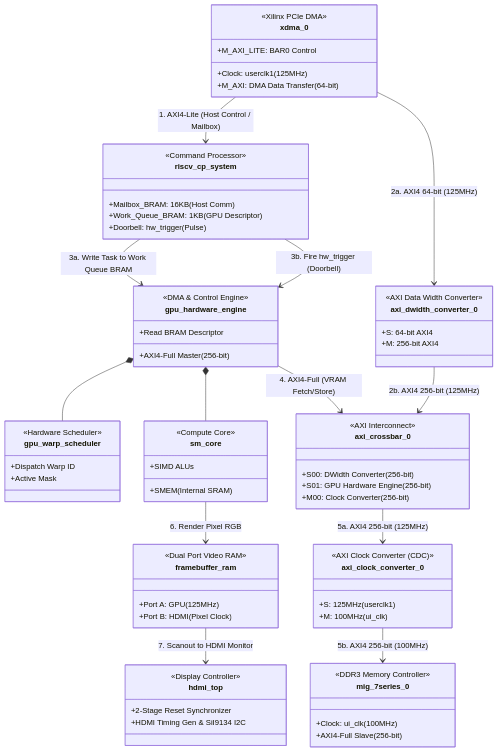
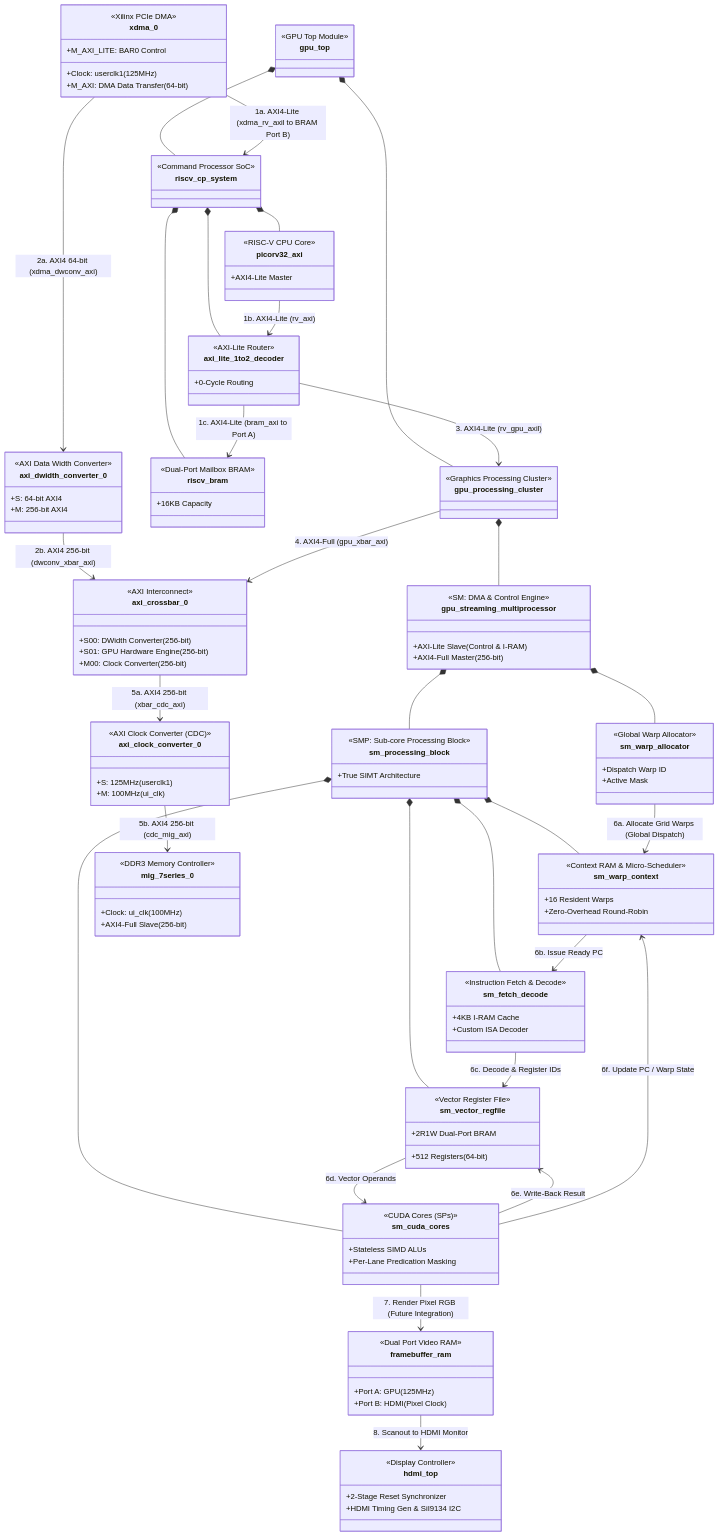
Before and after one commit to James-Lu-none/fpga-gpu: the diagram in architecture.mmd, drawn with Mermaid. The commit also changed 14 other files, not shown here.

Commit message:
refactor: update entire gpu top module

```diff
--- a/architecture.mmd
+++ b/architecture.mmd
@@ -1,92 +1,159 @@
 classDiagram
     direction TB
 
     class xdma_0 {
         <<Xilinx PCIe DMA>>
         +Clock: userclk1 (125MHz)
         +M_AXI_LITE: BAR0 Control
         +M_AXI: DMA Data Transfer (64-bit)
     }
 
-    class riscv_cp_system {
-        <<Command Processor>>
-        +Mailbox_BRAM: 16KB (Host Comm)
-        +Work_Queue_BRAM: 1KB (GPU Descriptor)
-        +Doorbell: hw_trigger (Pulse)
+    class gpu_top {
+        <<GPU Top Module>>
     }
 
-    class gpu_hardware_engine {
-        <<DMA & Control Engine>>
-        +Read BRAM Descriptor
+    class gpu_processing_cluster {
+        <<Graphics Processing Cluster>>
+    }
+
+    class riscv_cp_system {
+        <<Command Processor SoC>>
+    }
+
+    class picorv32_axi {
+        <<RISC-V CPU Core>>
+        +AXI4-Lite Master
+    }
+
+    class axi_lite_1to2_decoder {
+        <<AXI-Lite Router>>
+        +0-Cycle Routing
+    }
+
+    class riscv_bram {
+        <<Dual-Port Mailbox BRAM>>
+        +16KB Capacity
+    }
+
+    class gpu_streaming_multiprocessor {
+        <<SM: DMA & Control Engine>>
+        +AXI-Lite Slave (Control & I-RAM)
         +AXI4-Full Master (256-bit)
     }
     
-    class gpu_warp_scheduler {
-        <<Hardware Scheduler>>
+    class sm_warp_allocator {
+        <<Global Warp Allocator>>
         +Dispatch Warp ID
         +Active Mask
     }
 
-    class sm_core {
-        <<Compute Core>>
-        +SIMD ALUs
-        +SMEM (Internal SRAM)
+    class sm_processing_block {
+        <<SMP: Sub-core Processing Block>>
+        +True SIMT Architecture
+    }
+
+    class sm_warp_context {
+        <<Context RAM & Micro-Scheduler>>
+        +16 Resident Warps
+        +Zero-Overhead Round-Robin
+    }
+
+    class sm_fetch_decode {
+        <<Instruction Fetch & Decode>>
+        +4KB I-RAM Cache
+        +Custom ISA Decoder
+    }
+
+    class sm_vector_regfile {
+        <<Vector Register File>>
+        +2R1W Dual-Port BRAM
+        +512 Registers (64-bit)
+    }
+
+    class sm_cuda_cores {
+        <<CUDA Cores (SPs)>>
+        +Stateless SIMD ALUs
+        +Per-Lane Predication Masking
     }
 
     class axi_dwidth_converter_0 {
         <<AXI Data Width Converter>>
         +S: 64-bit AXI4
         +M: 256-bit AXI4
     }
 
     class axi_crossbar_0 {
         <<AXI Interconnect>>
         +S00: DWidth Converter (256-bit)
         +S01: GPU Hardware Engine (256-bit)
         +M00: Clock Converter (256-bit)
     }
     
     class axi_clock_converter_0 {
         <<AXI Clock Converter (CDC)>>
         +S: 125MHz (userclk1)
         +M: 100MHz (ui_clk)
     }
 
     class mig_7series_0 {
         <<DDR3 Memory Controller>>
         +Clock: ui_clk (100MHz)
         +AXI4-Full Slave (256-bit)
     }
 
     class framebuffer_ram {
         <<Dual Port Video RAM>>
         +Port A: GPU (125MHz)
         +Port B: HDMI (Pixel Clock)
     }
 
     class hdmi_top {
         <<Display Controller>>
         +2-Stage Reset Synchronizer
         +HDMI Timing Gen & SiI9134 I2C
     }
 
     %% Component Containment (Sub-modules)
-    gpu_hardware_engine *-- gpu_warp_scheduler
-    gpu_hardware_engine *-- sm_core
+    gpu_top *-- riscv_cp_system
+    gpu_top *-- gpu_processing_cluster
+    
+    gpu_processing_cluster *-- gpu_streaming_multiprocessor
+
+    riscv_cp_system *-- picorv32_axi
+    riscv_cp_system *-- axi_lite_1to2_decoder
+    riscv_cp_system *-- riscv_bram
+
+    gpu_streaming_multiprocessor *-- sm_warp_allocator
+    gpu_streaming_multiprocessor *-- sm_processing_block
+
+    sm_processing_block *-- sm_warp_context
+    sm_processing_block *-- sm_fetch_decode
+    sm_processing_block *-- sm_vector_regfile
+    sm_processing_block *-- sm_cuda_cores
 
     %% Data & Control Flow Connections
-    xdma_0 --> riscv_cp_system : 1. AXI4-Lite (Host Control / Mailbox)
+    xdma_0 --> riscv_cp_system : 1a. AXI4-Lite (xdma_rv_axil to BRAM Port B)
+    picorv32_axi --> axi_lite_1to2_decoder : 1b. AXI4-Lite (rv_axi)
+    axi_lite_1to2_decoder --> riscv_bram : 1c. AXI4-Lite (bram_axi to Port A)
     
-    xdma_0 --> axi_dwidth_converter_0 : 2a. AXI4 64-bit (125MHz)
-    axi_dwidth_converter_0 --> axi_crossbar_0 : 2b. AXI4 256-bit (125MHz)
+    xdma_0 --> axi_dwidth_converter_0 : 2a. AXI4 64-bit (xdma_dwconv_axi)
+    axi_dwidth_converter_0 --> axi_crossbar_0 : 2b. AXI4 256-bit (dwconv_xbar_axi)
     
-    riscv_cp_system --> gpu_hardware_engine : 3a. Write Task to Work Queue BRAM
-    riscv_cp_system --> gpu_hardware_engine : 3b. Fire hw_trigger (Doorbell)
+    axi_lite_1to2_decoder --> gpu_processing_cluster : 3. AXI4-Lite (rv_gpu_axil)
     
-    gpu_hardware_engine --> axi_crossbar_0 : 4. AXI4-Full (VRAM Fetch/Store)
+    gpu_processing_cluster --> axi_crossbar_0 : 4. AXI4-Full (gpu_xbar_axi)
     
-    axi_crossbar_0 --> axi_clock_converter_0 : 5a. AXI4 256-bit (125MHz)
-    axi_clock_converter_0 --> mig_7series_0 : 5b. AXI4 256-bit (100MHz)
+    axi_crossbar_0 --> axi_clock_converter_0 : 5a. AXI4 256-bit (xbar_cdc_axi)
+    axi_clock_converter_0 --> mig_7series_0 : 5b. AXI4 256-bit (cdc_mig_axi)
     
-    sm_core --> framebuffer_ram : 6. Render Pixel RGB
-    framebuffer_ram --> hdmi_top : 7. Scanout to HDMI Monitor
+    %% Internal SM Execution Flow
+    sm_warp_allocator --> sm_warp_context : 6a. Allocate Grid Warps (Global Dispatch)
+    sm_warp_context --> sm_fetch_decode : 6b. Issue Ready PC
+    sm_fetch_decode --> sm_vector_regfile : 6c. Decode & Register IDs
+    sm_vector_regfile --> sm_cuda_cores : 6d. Vector Operands
+    sm_cuda_cores --> sm_vector_regfile : 6e. Write-Back Result
+    sm_cuda_cores --> sm_warp_context : 6f. Update PC / Warp State
+    
+    %% Output
+    sm_cuda_cores --> framebuffer_ram : 7. Render Pixel RGB (Future Integration)
+    framebuffer_ram --> hdmi_top : 8. Scanout to HDMI Monitor
```
